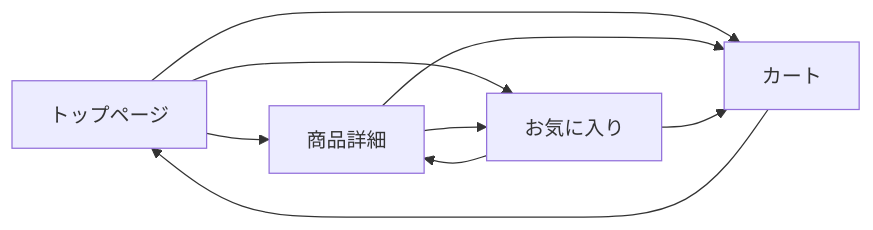
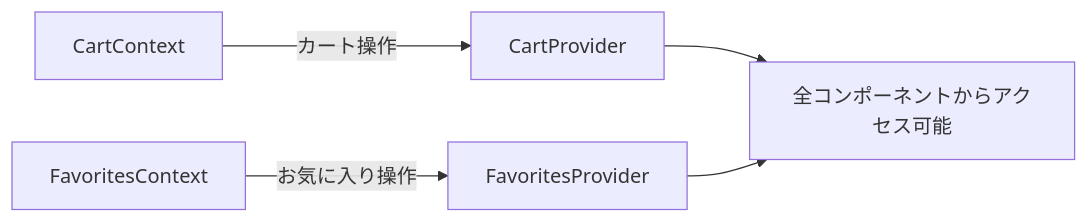
Before and after one commit to yoshidashingo/claude-code-demo3: the second of 6 diagrams in docs/functional-design.md, drawn with Mermaid. The commit also changed other lines of this file and 9210 other files, not shown here.

````diff
--- a/docs/functional-design.md
+++ b/docs/functional-design.md
@@ -19,11 +23,7 @@
 ```mermaid
 graph LR
-    A[トップページ] --> B[商品詳細]
-    A --> C[カート]
-    A --> D[お気に入り]
-    B --> C
-    B --> D
-    D --> B
-    D --> C
-    C --> A
+    A[CartContext] -->|カート操作| B[CartProvider]
+    C[FavoritesContext] -->|お気に入り操作| D[FavoritesProvider]
+    B --> E[全コンポーネントからアクセス可能]
+    D --> E
 ```
````
